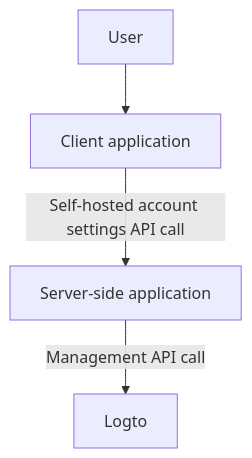
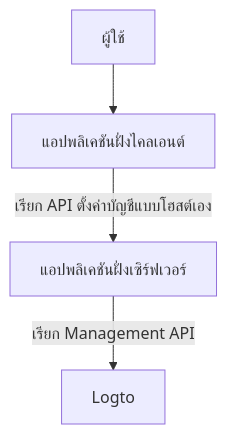
One commit to logto-io/docs changed the first of 3 diagrams in i18n/th/docusaurus-plugin-content-docs/current/end-user-flows/account-settings/by-management-api.mdx. Above: the diagram before and after it, drawn with Mermaid. The commit also changed other lines of this file and 80 other files, not shown here.

````diff
--- a/i18n/th/docusaurus-plugin-content-docs/current/end-user-flows/account-settings/by-management-api.mdx
+++ b/i18n/th/docusaurus-plugin-content-docs/current/end-user-flows/account-settings/by-management-api.mdx
@@ -13,6 +13,6 @@
 ```mermaid
   graph TB
-    A[User] --> B[Client application]
-    B -->|Self-hosted account settings API call|C[Server-side application]
-    C -->|Management API call| D[Logto]
+    A[ผู้ใช้] --> B[แอปพลิเคชันฝั่งไคลเอนต์]
+    B -->|เรียก API ตั้งค่าบัญชีแบบโฮสต์เอง|C[แอปพลิเคชันฝั่งเซิร์ฟเวอร์]
+    C -->|เรียก Management API| D[Logto]
 ```
````
